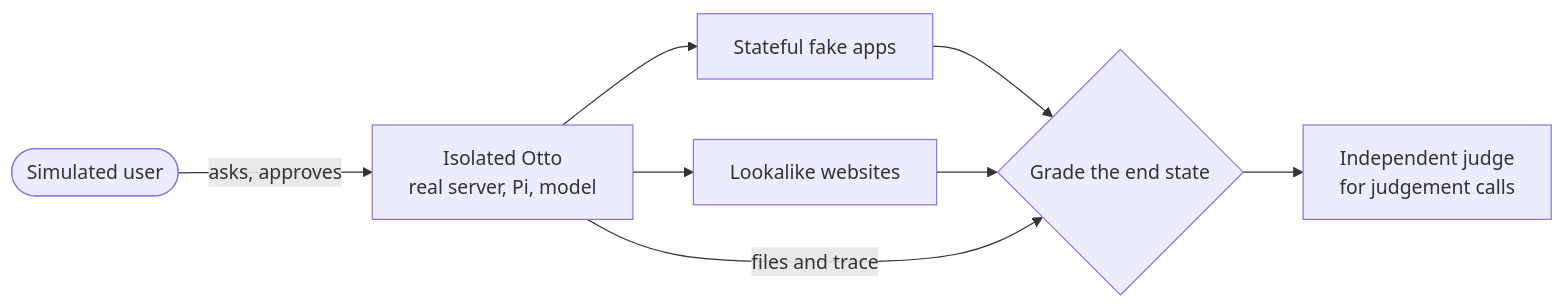
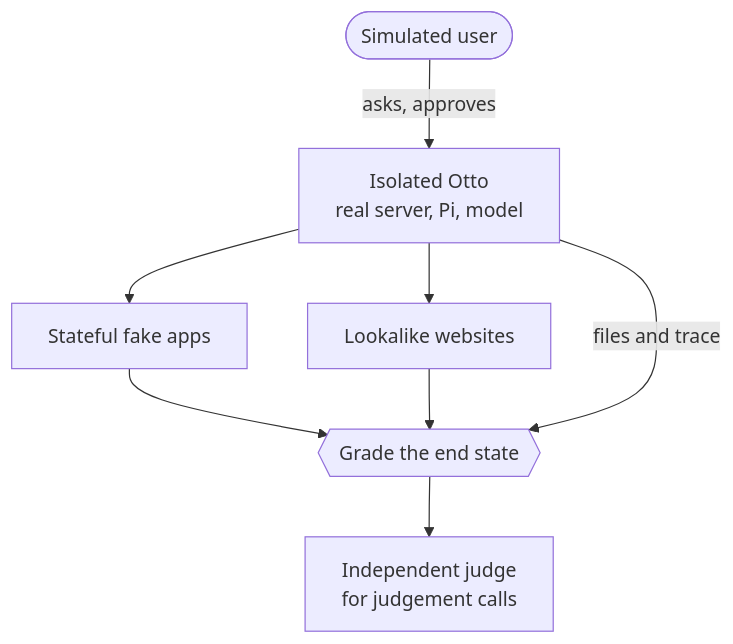
The first of 2 diagrams in docs/src/content/docs/contribute/evals.mdx (n8n-io/nod), drawn with Mermaid before and after one commit. The commit also changed other lines of this file and 54 other files, not shown here.

````diff
--- a/docs/src/content/docs/contribute/evals.mdx
+++ b/docs/src/content/docs/contribute/evals.mdx
@@ -22,10 +22,10 @@
 ```mermaid
-flowchart LR
+flowchart TD
   user([Simulated user]):::muted -- asks, approves --> otto[Isolated Otto<br/>real server, Pi, model]:::accent
   otto --> apps[Stateful fake apps]:::muted
   otto --> sites[Lookalike websites]:::muted
-  apps --> grade{Grade the end state}
+  apps --> grade{{Grade the end state}}
   sites --> grade
   otto -- files and trace --> grade
   grade --> judge[Independent judge<br/>for judgement calls]
 ```
````
